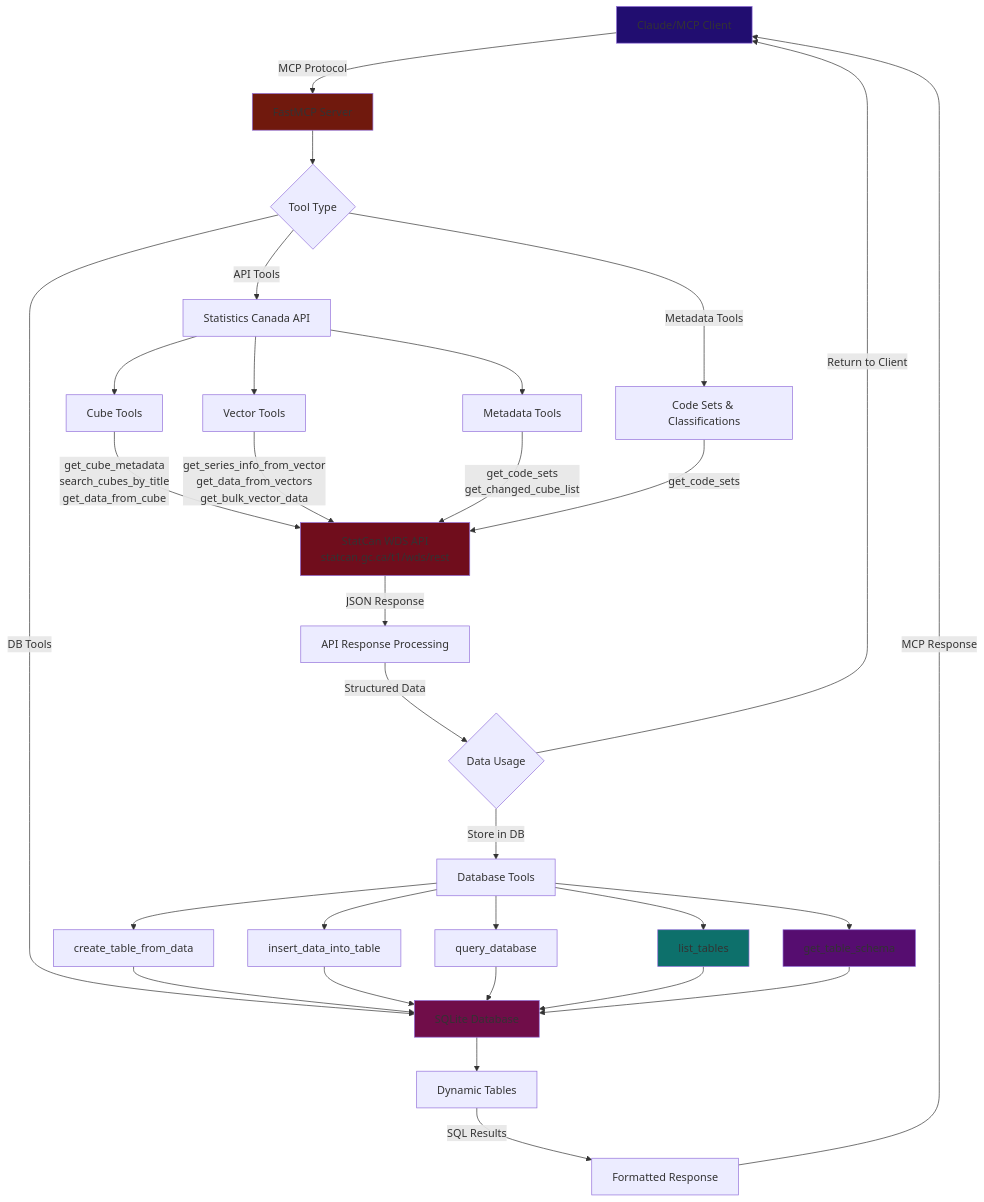
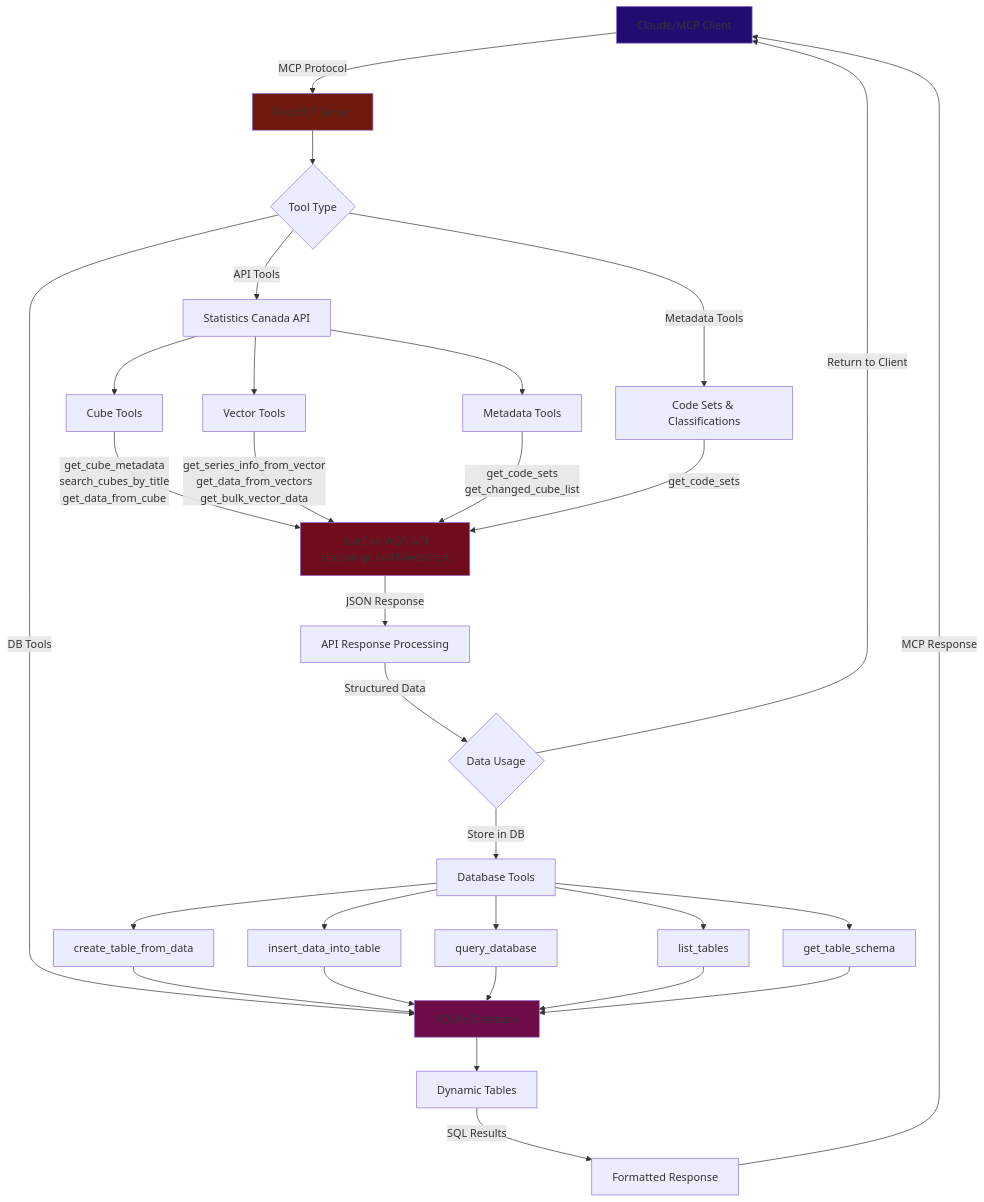
The diagram in IMPLEMENTATIONS.md (Aryan-Jhaveri/mcp-statcan), drawn with Mermaid before and after one commit.

Commit message:
Updated mermaid chart IMPLEMENTATIONS.md

````diff
--- a/IMPLEMENTATIONS.md
+++ b/IMPLEMENTATIONS.md
@@ -19,48 +19,46 @@
 ```mermaid
 flowchart TD
     A[Claude/MCP Client] -->|MCP Protocol| B[FastMCP Server]
     
     B --> C{Tool Type}
     C -->|API Tools| D[Statistics Canada API]
     C -->|DB Tools| E[SQLite Database]
     C -->|Metadata Tools| F[Code Sets & Classifications]
     
     D --> G[Cube Tools]
     D --> H[Vector Tools]
     D --> I[Metadata Tools]
     
     G -->|get_cube_metadata<br/>search_cubes_by_title<br/>get_data_from_cube| J[StatCan WDS API<br/>statcan.gc.ca/t1/wds/rest]
     H -->|get_series_info_from_vector<br/>get_data_from_vectors<br/>get_bulk_vector_data| J
     I -->|get_code_sets<br/>get_changed_cube_list| J
     
     J -->|JSON Response| K[API Response Processing]
     K -->|Structured Data| L{Data Usage}
     L -->|Return to Client| A
     L -->|Store in DB| M[Database Tools]
     
     M --> N[create_table_from_data]
     M --> O[insert_data_into_table] 
     M --> P[query_database]
     M --> Q[list_tables]
     M --> R[get_table_schema]
     
     N --> E
     O --> E
     P --> E
     Q --> E
     R --> E
     
     E --> S[Dynamic Tables]
     
     S -->|SQL Results| T[Formatted Response]
     T -->|MCP Response| A
     
     F -->|get_code_sets| J
     
     style A fill:#210d70
     style B fill:#70190d
     style E fill:#700d49
     style J fill:#700d1c
-    style Q fill:#0d706b
-    style R fill:#560d70
 ```
````
